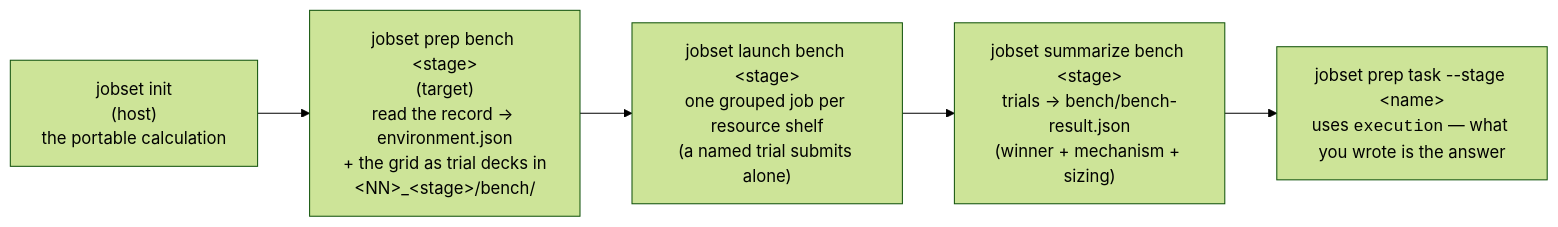
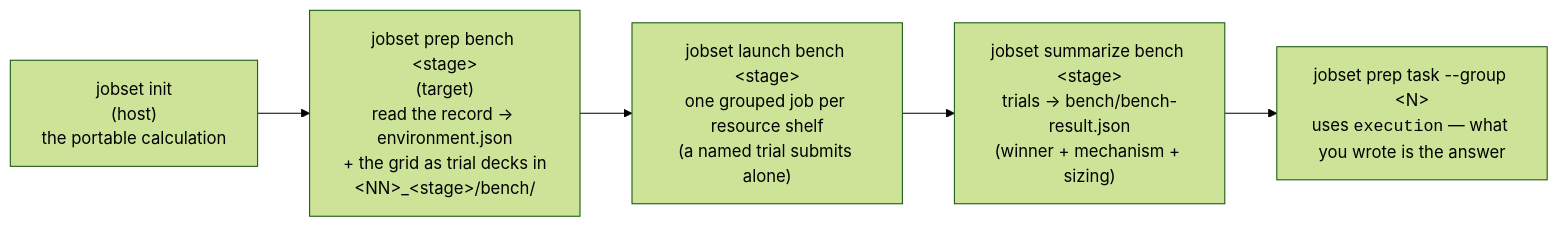
Before and after one commit to Qing-LAB/molbuilder: diagram 15 of 19 in docs/execution/job-system.md, drawn with Mermaid (forest theme). The commit also changed other lines of this file and 282 other files, not shown here.

````diff
--- a/docs/execution/job-system.md
+++ b/docs/execution/job-system.md
@@ -1967,9 +2393,9 @@
 ```mermaid
 flowchart LR
     D["jobset init<br/>(host)<br/>the portable calculation"]
     P["jobset prep bench &lt;stage&gt;<br/>(target)<br/>read the record → environment.json<br/>+ the grid as trial decks in<br/>&lt;NN&gt;_&lt;stage&gt;/bench/"]
     R["jobset launch bench &lt;stage&gt;<br/>one grouped job per resource shelf<br/>(a named trial submits alone)"]
     S["jobset summarize bench &lt;stage&gt;<br/>trials → bench/bench-result.json<br/>(winner + mechanism + sizing)"]
-    PR["jobset prep task --stage &lt;name&gt;<br/>uses <code>execution</code> — what you wrote is the answer"]
+    PR["jobset prep task --group &lt;N&gt;<br/>uses <code>execution</code> — what you wrote is the answer"]
     D --> P --> R --> S --> PR
 ```
````
